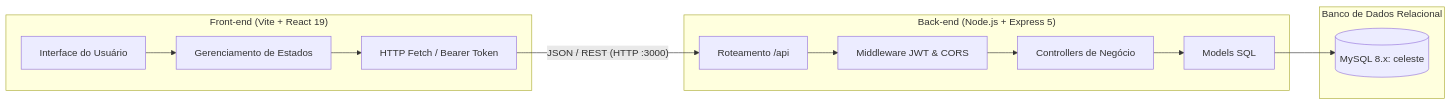
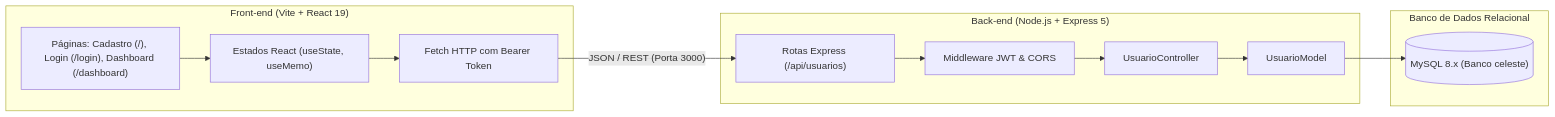
One commit to marcelologan/ms2-fullstack-template changed the first of 2 diagrams in README.md. Above: the diagram before and after it, drawn with Mermaid. The commit also changed other lines of this file and 16 other files, not shown here.

````diff
--- a/README.md
+++ b/README.md
@@ -36,24 +47,24 @@
 ```mermaid
 flowchart LR
     subgraph Frontend["Front-end (Vite + React 19)"]
-        UI[Interface do Usuário]
-        State[Gerenciamento de Estados]
-        Fetch[HTTP Fetch / Bearer Token]
+        UI["Páginas: Cadastro (/), Login (/login), Dashboard (/dashboard)"]
+        State["Estados React (useState, useMemo)"]
+        Fetch["Fetch HTTP com Bearer Token"]
     end
 
     subgraph Backend["Back-end (Node.js + Express 5)"]
-        Router[Roteamento /api]
-        Auth[Middleware JWT & CORS]
-        Controllers[Controllers de Negócio]
-        Models[Models SQL]
+        Router["Rotas Express (/api/usuarios)"]
+        Auth["Middleware JWT & CORS"]
+        Controllers["UsuarioController"]
+        Models["UsuarioModel"]
     end
 
     subgraph Database["Banco de Dados Relacional"]
-        MySQL[(MySQL 8.x: celeste)]
+        MySQL[("MySQL 8.x (Banco celeste)")]
     end
 
     UI --> State --> Fetch
-    Fetch -- "JSON / REST (HTTP :3000)" --> Router
+    Fetch -- "JSON / REST (Porta 3000)" --> Router
     Router --> Auth --> Controllers --> Models
     Models --> MySQL
 ```
````
